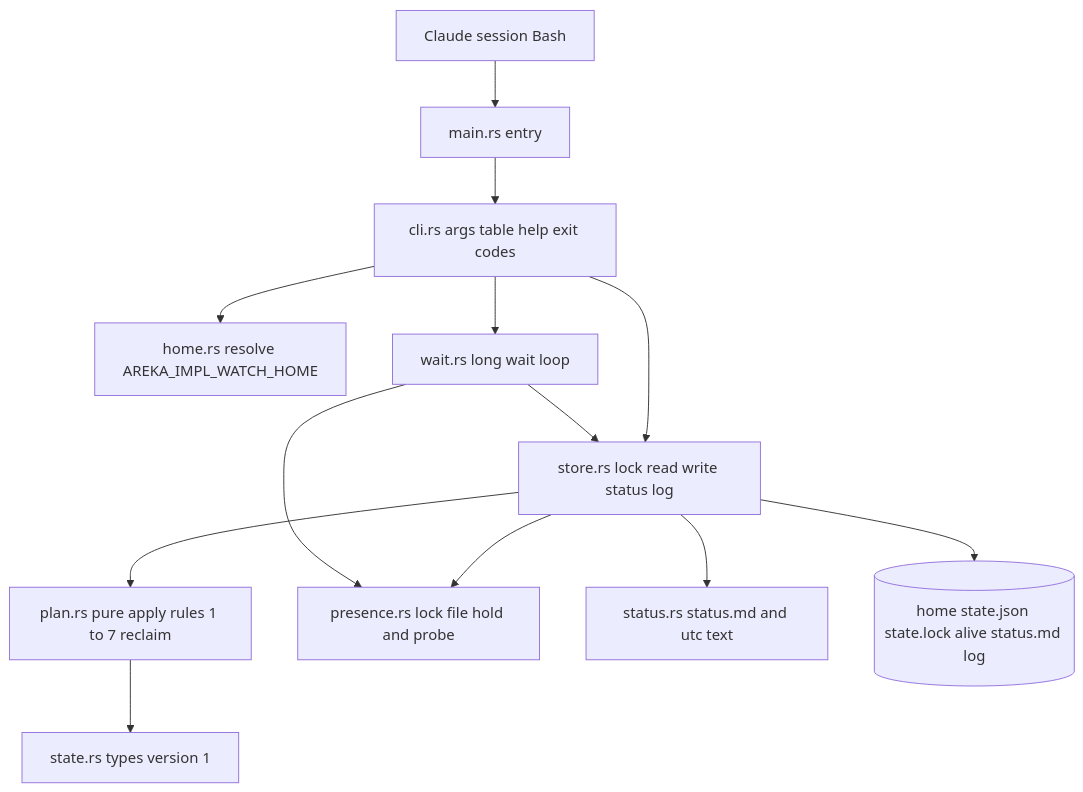
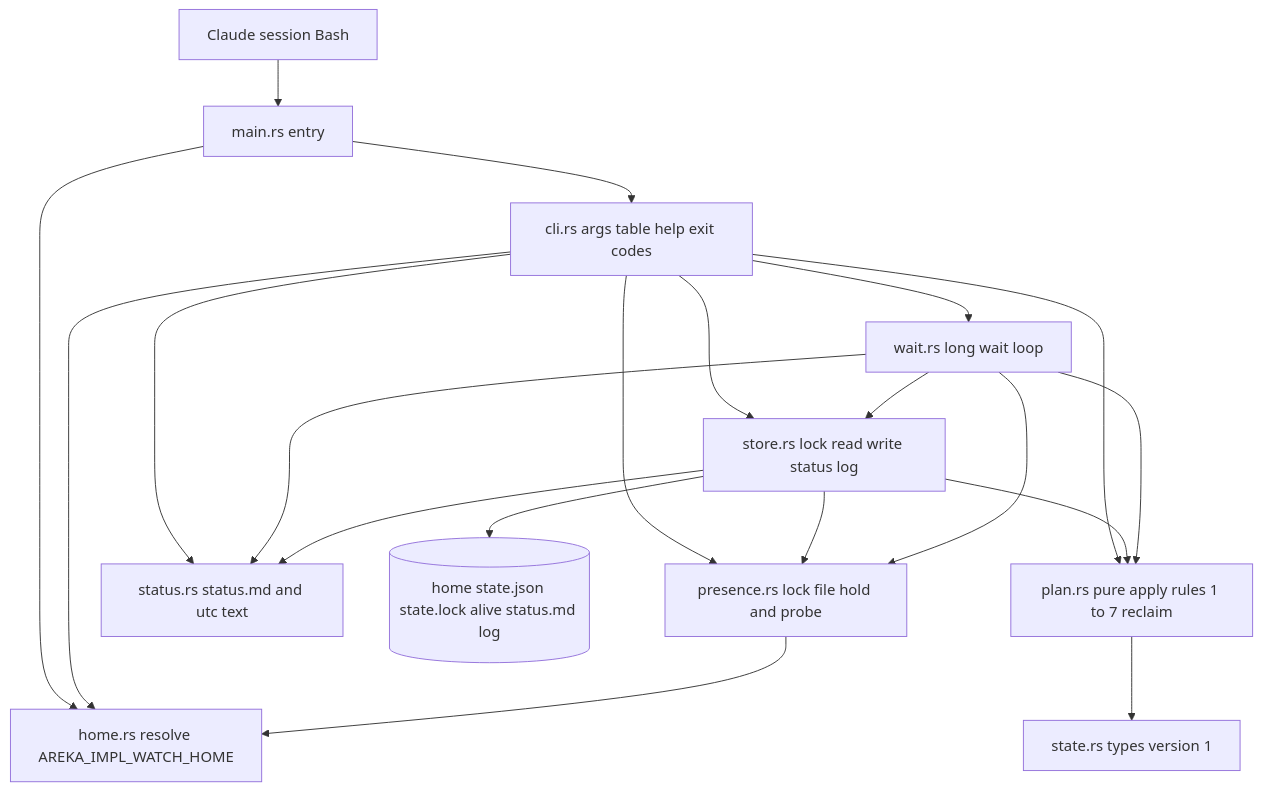
Before and after one commit to ekicyou/areka: the first of 5 diagrams in .kiro/specs/areka-P0-impl-watch/design.md, drawn with Mermaid. The commit also changed other lines of this file and 2 other files, not shown here.

First line of the commit message:
docs(areka-P0-impl-watch): reflect the nine approved rulings and the as-built design in the spec

````diff
--- a/.kiro/specs/areka-P0-impl-watch/design.md
+++ b/.kiro/specs/areka-P0-impl-watch/design.md
@@ -63,15 +65,22 @@
 ```mermaid
 graph TB
     Session[Claude session Bash] --> Main[main.rs entry]
     Main --> Cli[cli.rs args table help exit codes]
-    Cli --> Home[home.rs resolve AREKA_IMPL_WATCH_HOME]
+    Main --> Home[home.rs resolve AREKA_IMPL_WATCH_HOME]
+    Cli --> Home
     Cli --> Store[store.rs lock read write status log]
     Cli --> Wait[wait.rs long wait loop]
-    Store --> Plan[plan.rs pure apply rules 1 to 7 reclaim]
+    Cli --> Plan[plan.rs pure apply rules 1 to 7 reclaim]
+    Cli --> Presence[presence.rs lock file hold and probe]
+    Cli --> Status[status.rs status.md and utc text]
+    Store --> Plan
     Wait --> Store
+    Wait --> Plan
+    Wait --> Status
     Plan --> State[state.rs types version 1]
-    Store --> Presence[presence.rs lock file hold and probe]
+    Store --> Presence
     Wait --> Presence
-    Store --> Status[status.rs status.md and utc text]
+    Presence --> Home
+    Store --> Status
     Store --> Files[(home state.json state.lock alive status.md log)]
 ```
````
